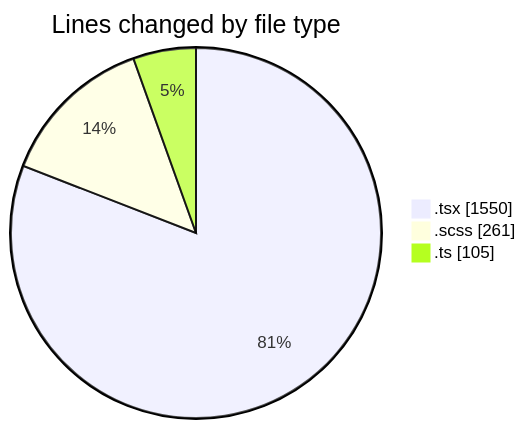
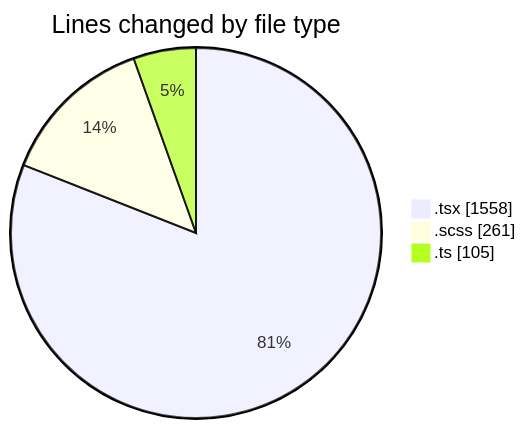
The first of 2 diagrams in 2026-11-06/cda/README.md (momahboobian/code-tracking), drawn with Mermaid before and after one commit. The commit also changed other lines of this file and 1 other file, not shown here.

````diff
--- a/2026-11-06/cda/README.md
+++ b/2026-11-06/cda/README.md
@@ -36,7 +36,7 @@
 ```mermaid
 pie showData
 title Lines changed by file type
-".tsx" : 1550
+".tsx" : 1558
 ".scss" : 261
 ".ts" : 105
 ```
````
